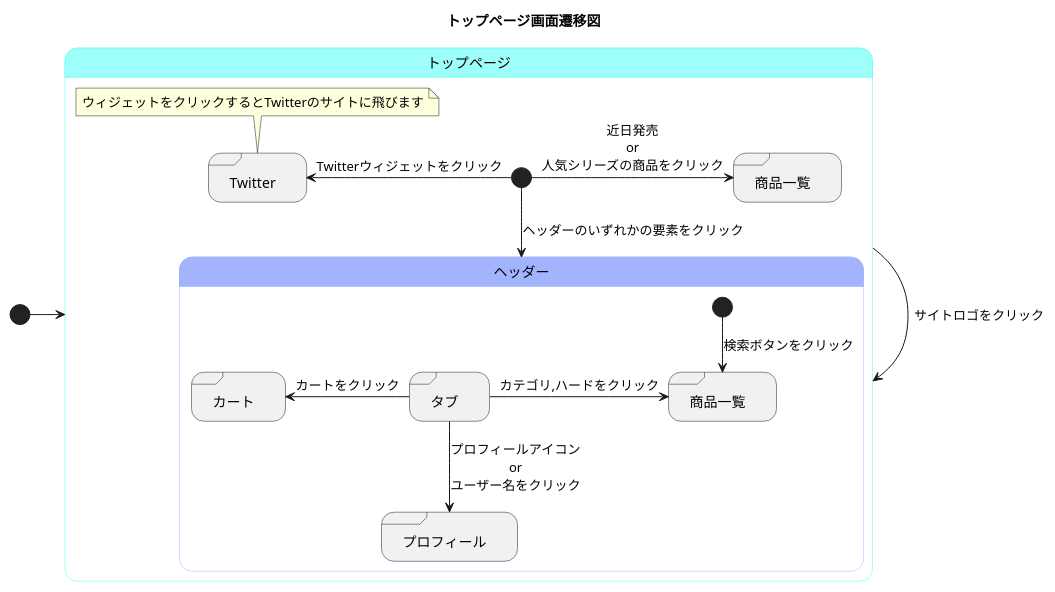
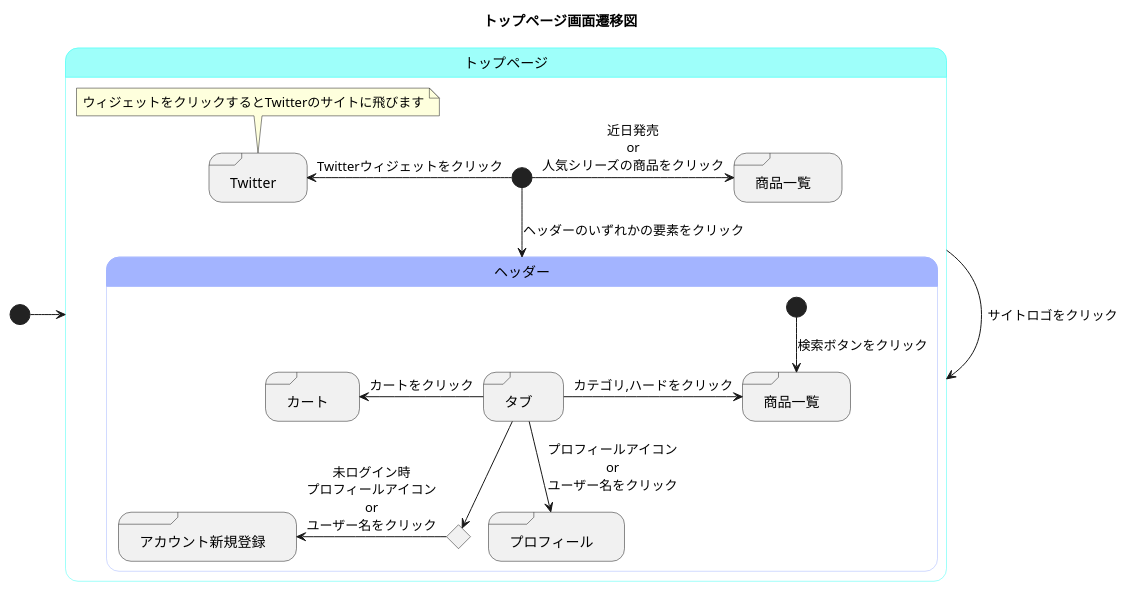
The diagram in メインページ.md (akutori/T-D-E), drawn with PlantUML before and after one commit.

Commit message:
未ログイン時の遷移先を追加

````diff
--- a/メインページ.md
+++ b/メインページ.md
@@ -1,45 +1,49 @@
 ```uml
 @startuml
 title トップページ画面遷移図
 
 [*]->トップページ
 state トップページ<<mainpage>>{
 
     state "商品一覧" as maintogoods<<sdlreceive>>
     state "Twitter"<<sdlreceive>>
 
     トップページ -> トップページ : サイトロゴをクリック
     [*]-->ヘッダー : ヘッダーのいずれかの要素をクリック
     [*]-> maintogoods : 近日発売\nor\n人気シリーズの商品をクリック
     [*]-left->Twitter : Twitterウィジェットをクリック
     note top of Twitter
         ウィジェットをクリックするとTwitterのサイトに飛びます
     end note
 
     
 
     state ヘッダー<<state_headder>>{
 
         state "タブ" as tab <<sdlreceive>>
         state "カート" as cart <<sdlreceive>>
         state "プロフィール" as profile <<sdlreceive>>
         state "商品一覧" as goods<<sdlreceive>>
+        state "アカウント新規登録" as register<<sdlreceive>>
+        state input <<choice>>
 
         [*]-->goods : 検索ボタンをクリック
         tab ->goods : カテゴリ,ハードをクリック
         tab -left->cart : カートをクリック
+        tab --> input
+        input -left-> register : 未ログイン時\nプロフィールアイコン\nor\nユーザー名をクリック
         tab -->profile : プロフィールアイコン\nor\nユーザー名をクリック
 
 
     }
 }
 
 
 skinparam stateBorderColor<<mainpage>> #40fff5
 state トップページ #9efffa
 
 skinparam stateBorderColor<<state_headder>> #a3b4ff
 state ヘッダー #a3b4ff
 state Twitter #ffcfcf
 @enduml
 ```
````
